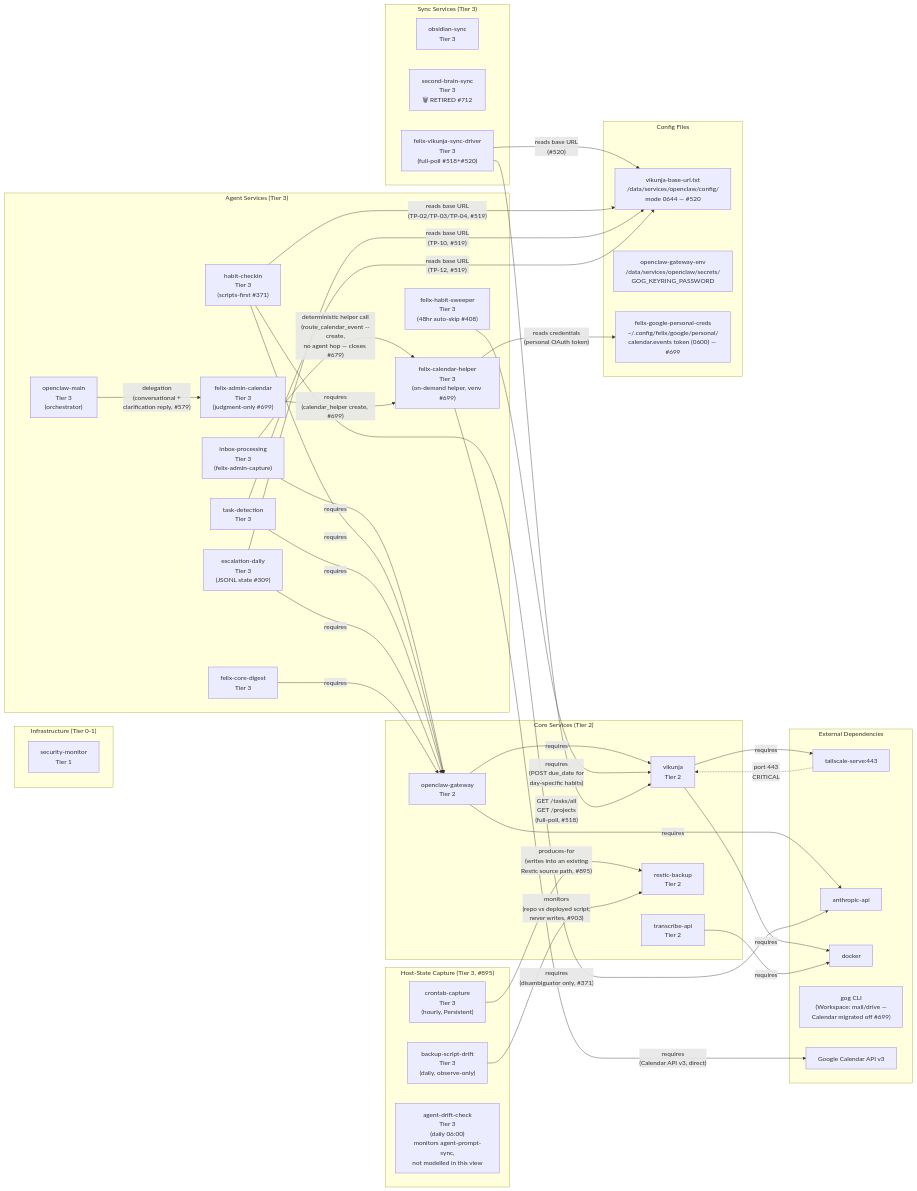
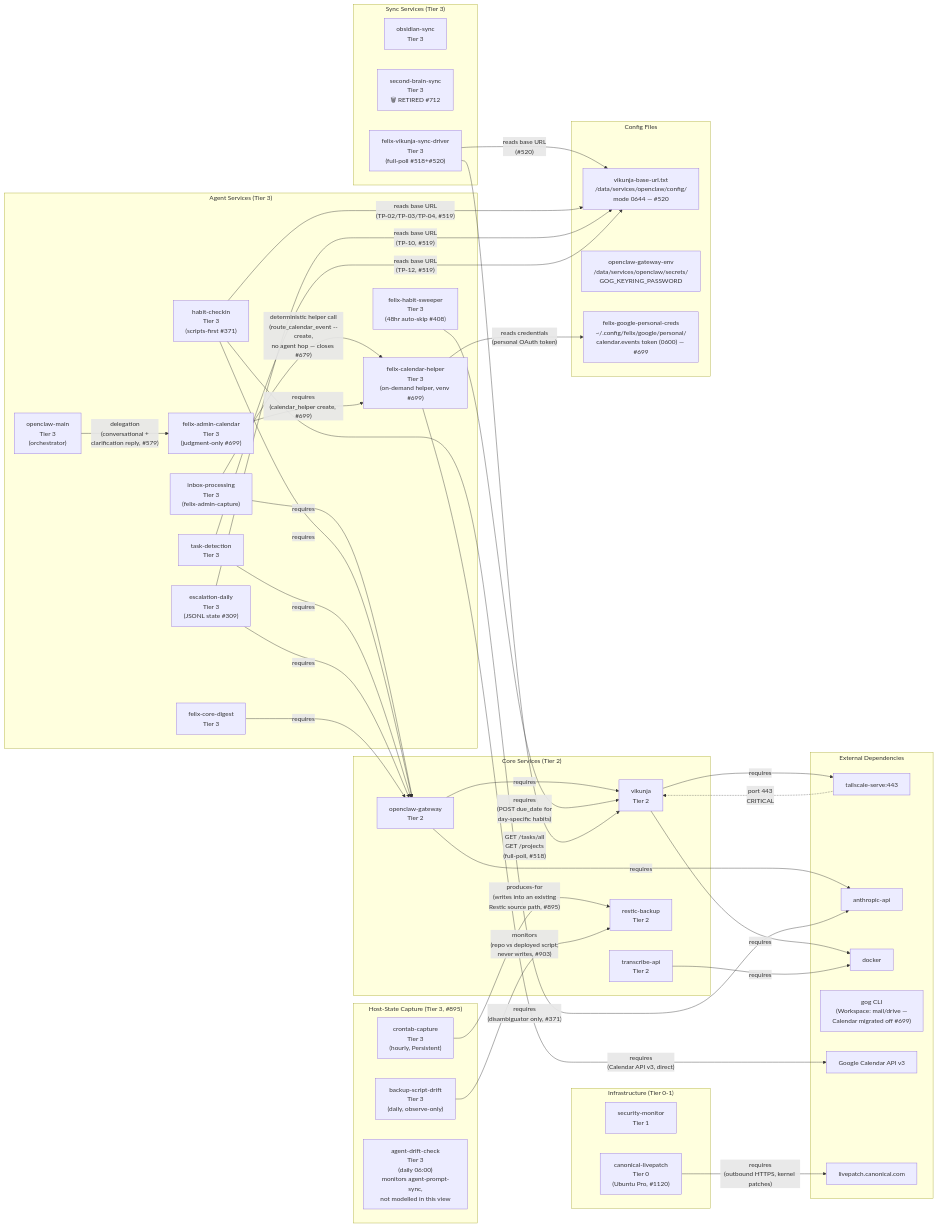
One commit to kentonium3/kg-automation changed the diagram in docs/design/architecture/service-dependencies.view.md. Above: the diagram before and after it, drawn with Mermaid. The commit also changed other lines of this file and 6 other files, not shown here.

First line of the commit message:
docs(office2): record Ubuntu Pro + Livepatch; harden OS maintenance runbook (#1120)

```diff
--- a/docs/design/architecture/service-dependencies.view.md
+++ b/docs/design/architecture/service-dependencies.view.md
@@ -50,6 +50,7 @@
 graph LR
     subgraph Infrastructure["Infrastructure (Tier 0-1)"]
         security-monitor["security-monitor<br/>Tier 1"]
+        livepatch["canonical-livepatch<br/>Tier 0<br/>(Ubuntu Pro, #1120)"]
     end
 
     subgraph Core["Core Services (Tier 2)"]
@@ -95,6 +96,7 @@
         docker["docker"]
         gog["gog CLI<br/>(Workspace: mail/drive —<br/>Calendar migrated off #699)"]
         google_cal_api["Google Calendar API v3"]
+        livepatch_cloud["livepatch.canonical.com"]
     end
 
     vikunja -->|"requires"| tailscale
@@ -105,6 +107,8 @@
     openclaw -->|"requires"| vikunja
 
     transcribe -->|"requires"| docker
+
+    livepatch -->|"requires<br/>(outbound HTTPS, kernel patches)"| livepatch_cloud
 
     inbox -->|"requires"| openclaw
     habits -->|"requires"| openclaw
```
